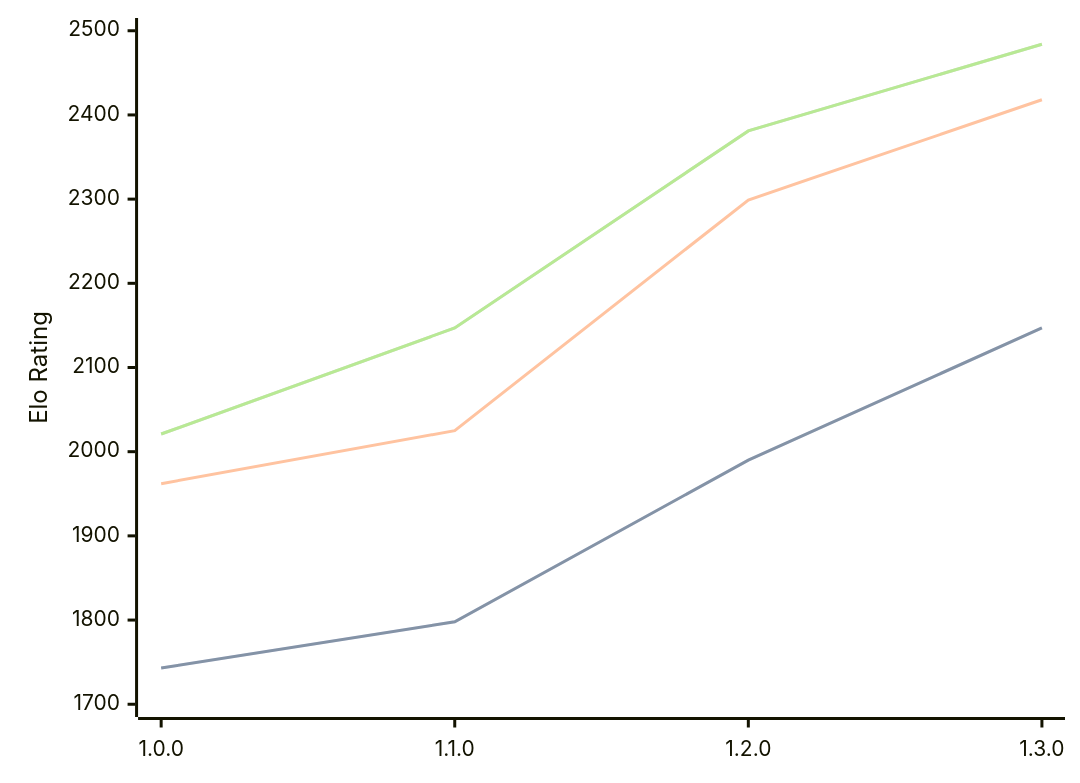
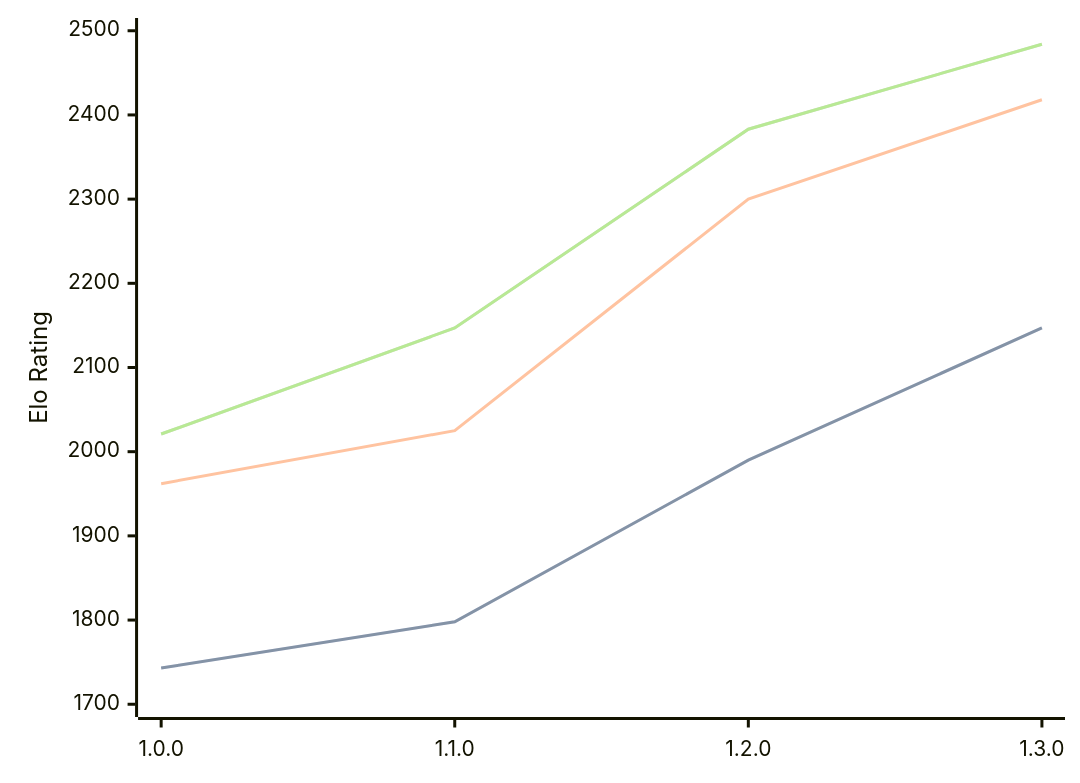
One commit to computer-chess-index/cci changed the diagram in engines/Anodos.md. Above: the diagram before and after it, drawn with Mermaid. The commit also changed other lines of this file, not shown here.

Commit message:
Update CCI Ratings (ELO VLTC) - 2026-08-20

````diff
--- a/engines/Anodos.md
+++ b/engines/Anodos.md
@@ -34,11 +34,11 @@
 ```mermaid
 %%{init: {"theme":"base","themeVariables":{"seriesColors:['#a3a3a3','#222221','#faa371']}}}%%
 xychart-beta
   x-axis ["1.0.0", "1.1.0", "1.2.0", "1.3.0"]
   y-axis "Elo Rating" 1700 --> 2500
   line "STC (8.0+0.08s)" [1743, 1798, 1990, 2147]
   line "STC (8.0+0.08s)" [1743, 1798, 1990, 2147]
-  line "LTC (60.0+0.60s)" [1962, 2025, 2299, 2418]
-  line "VLTC (2m24s+1.12s)" [2021, 2147, 2381, 2484]
-  line "VLTC (2m24s+1.12s)" [2021, 2147, 2381, 2484]
+  line "LTC (60.0+0.60s)" [1962, 2025, 2300, 2418]
+  line "VLTC (2m24s+1.12s)" [2021, 2147, 2383, 2484]
+  line "VLTC (2m24s+1.12s)" [2021, 2147, 2383, 2484]
 ```
````
